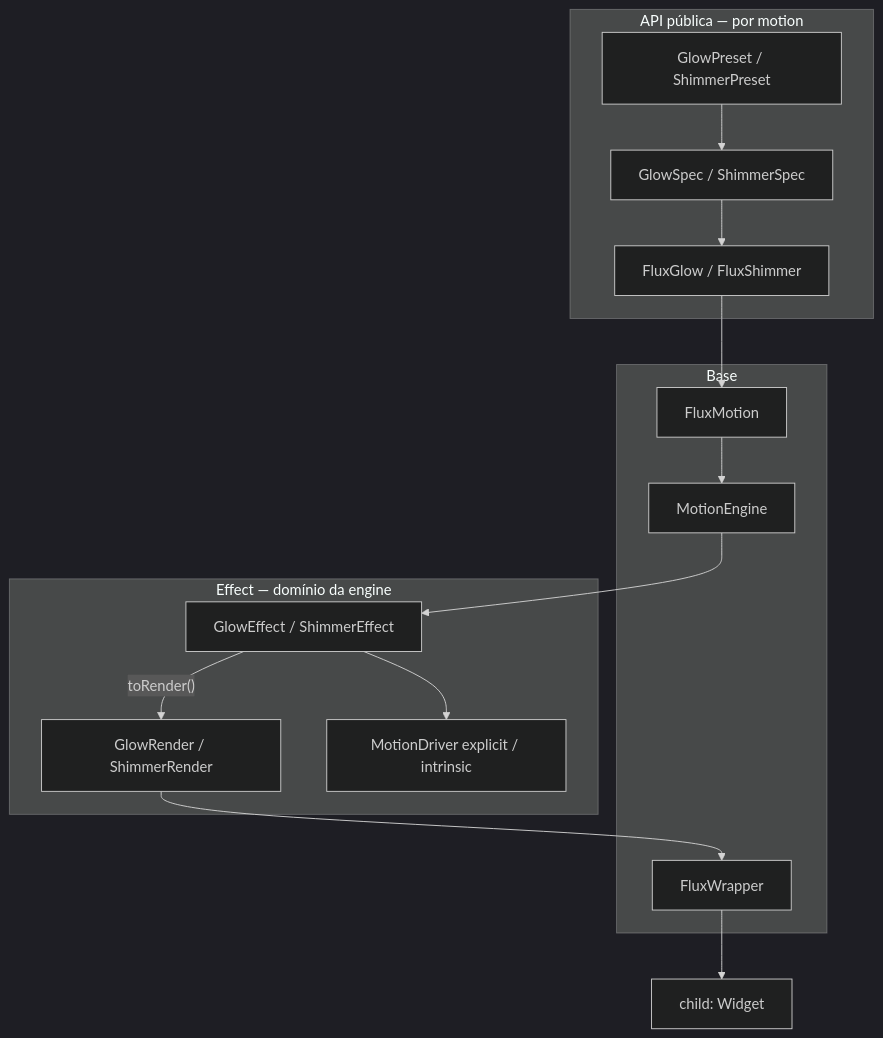
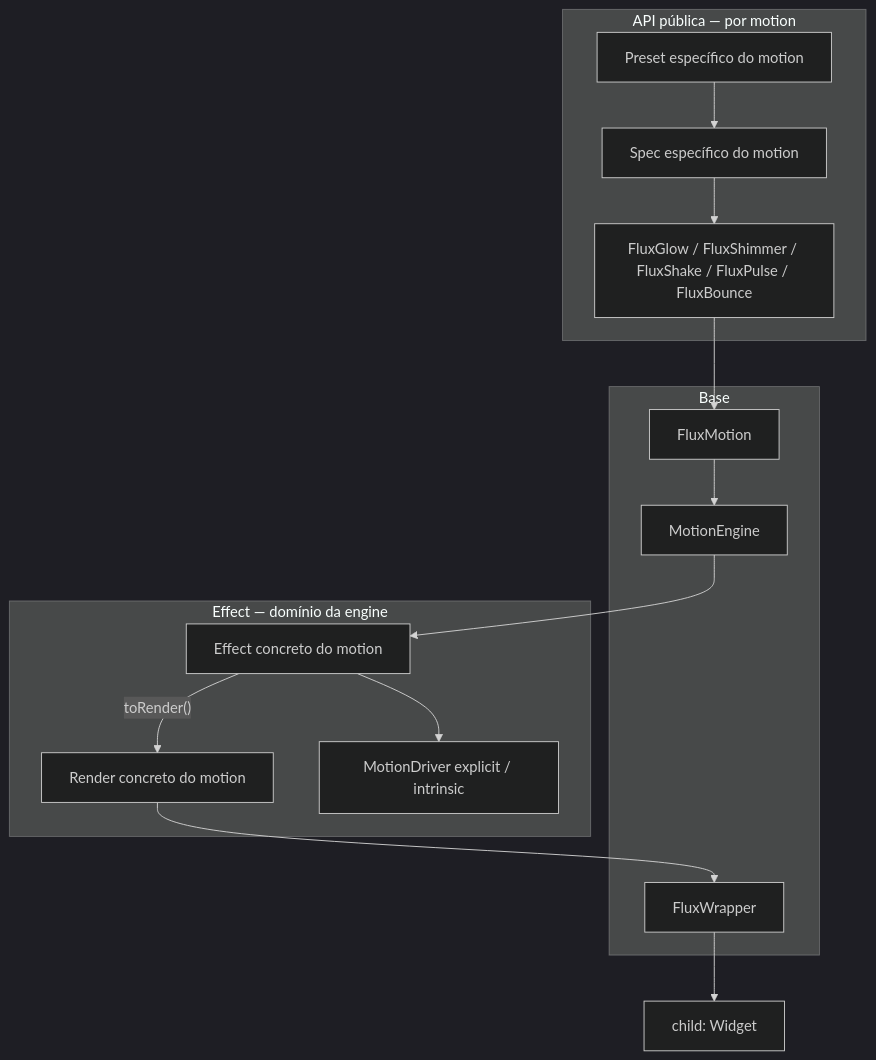
One commit to gMullerc/Flux-Motion changed the diagram in docs/ARCHITECTURE.md. Above: the diagram before and after it, drawn with Mermaid (dark theme). The commit also changed other lines of this file and 7 other files, not shown here.

````diff
--- a/docs/ARCHITECTURE.md
+++ b/docs/ARCHITECTURE.md
@@ -53,30 +53,30 @@
 ```mermaid
 flowchart TB
     subgraph public [API pública — por motion]
-        Component["FluxGlow / FluxShimmer"]
-        Preset["GlowPreset / ShimmerPreset"]
-        Spec["GlowSpec / ShimmerSpec"]
+        Component["FluxGlow / FluxShimmer / FluxShake / FluxPulse / FluxBounce"]
+        Preset["Preset específico do motion"]
+        Spec["Spec específico do motion"]
     end
 
     subgraph base [Base]
         FluxMotion
         Engine["MotionEngine"]
         Wrapper["FluxWrapper"]
     end
 
     subgraph effect [Effect — domínio da engine]
-        MotionEffect["GlowEffect / ShimmerEffect"]
-        MotionRender["GlowRender / ShimmerRender"]
+        MotionEffect["Effect concreto do motion"]
+        MotionRender["Render concreto do motion"]
         Driver["MotionDriver explicit / intrinsic"]
     end
 
     Preset --> Spec
     Spec --> Component
     Component --> FluxMotion
     FluxMotion --> Engine
     Engine --> MotionEffect
     MotionEffect --> Driver
     MotionEffect -->|"toRender()"| MotionRender
     MotionRender --> Wrapper
     Wrapper --> Child["child: Widget"]
 ```
````
